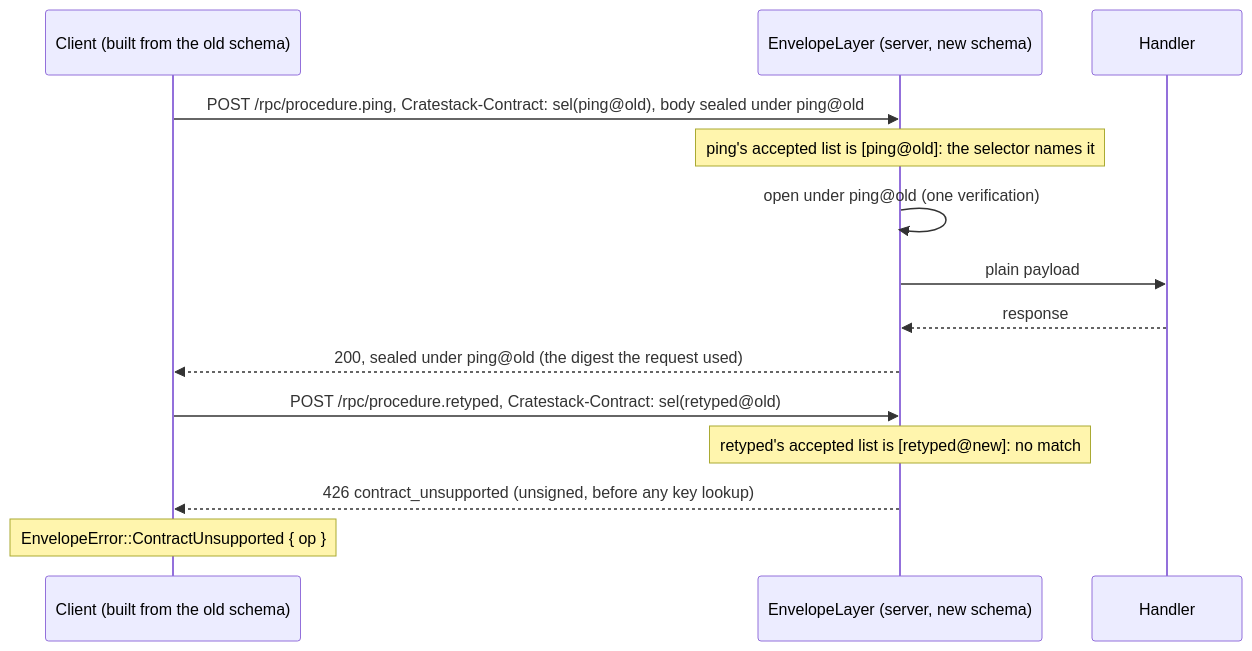
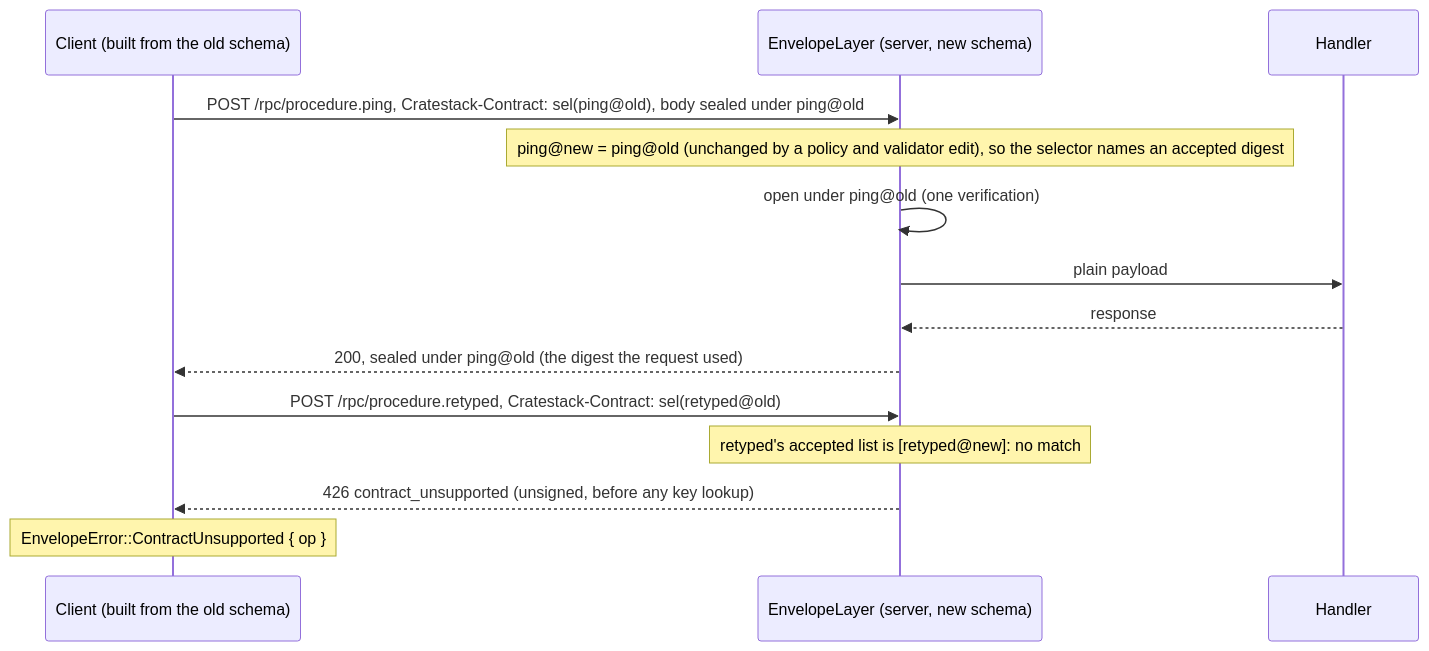
One commit to cratestack/cratestack-docs changed the diagram in guides/signed-transport.md. Above: the diagram before and after it, drawn with Mermaid. The commit also changed other lines of this file and 1 other file, not shown here.

````diff
--- a/guides/signed-transport.md
+++ b/guides/signed-transport.md
@@ -509,16 +511,16 @@
 ```mermaid
 sequenceDiagram
     participant C as Client (built from the old schema)
     participant L as EnvelopeLayer (server, new schema)
     participant H as Handler
     C->>L: POST /rpc/procedure.ping, Cratestack-Contract: sel(ping@old), body sealed under ping@old
-    Note over L: ping's accepted list is [ping@old]: the selector names it
+    Note over L: ping@new = ping@old (unchanged by a policy and validator edit), so the selector names an accepted digest
     L->>L: open under ping@old (one verification)
     L->>H: plain payload
     H-->>L: response
     L-->>C: 200, sealed under ping@old (the digest the request used)
     C->>L: POST /rpc/procedure.retyped, Cratestack-Contract: sel(retyped@old)
     Note over L: retyped's accepted list is [retyped@new]: no match
     L-->>C: 426 contract_unsupported (unsigned, before any key lookup)
     Note over C: EnvelopeError::ContractUnsupported { op }
 ```
````
